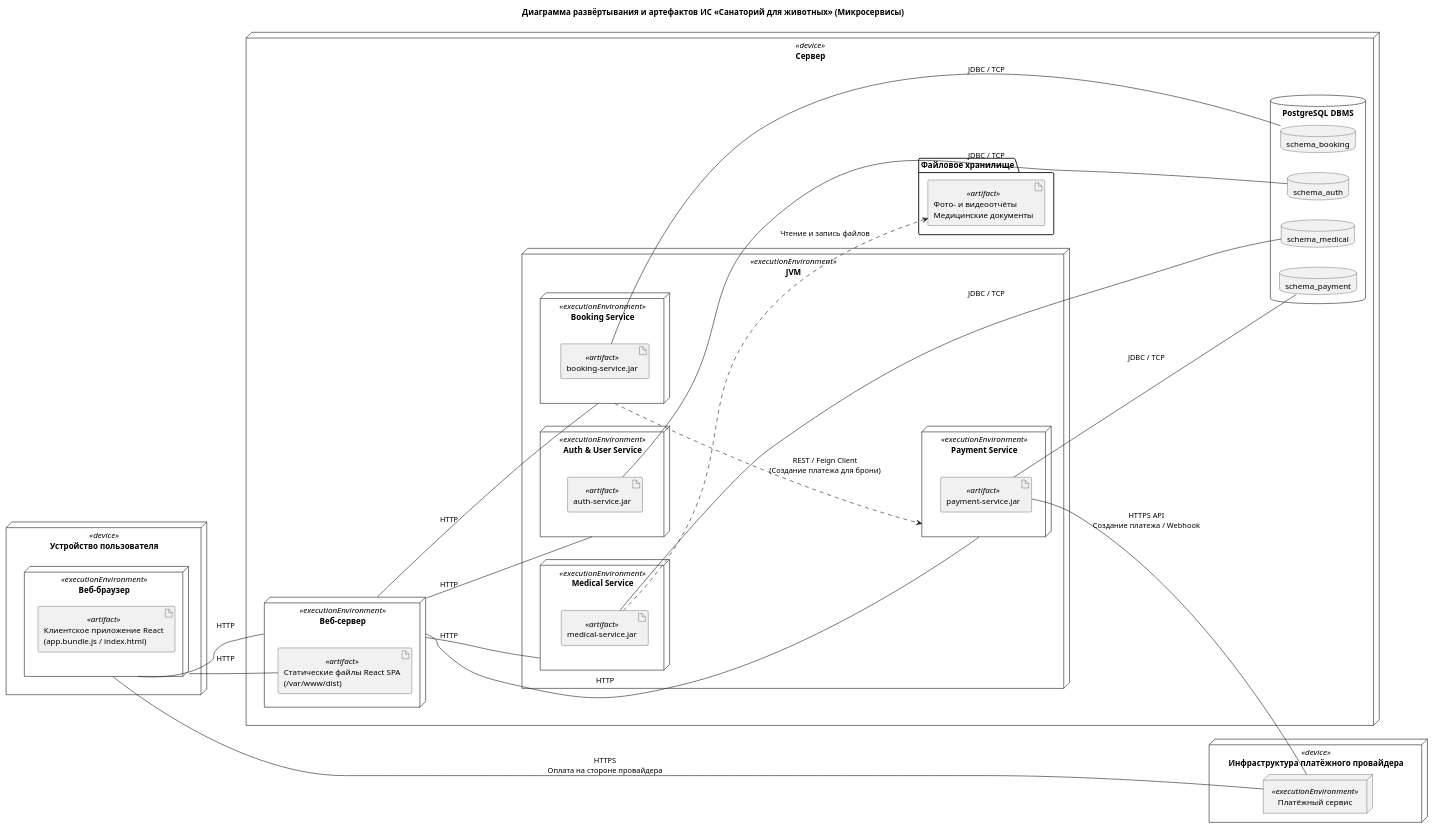
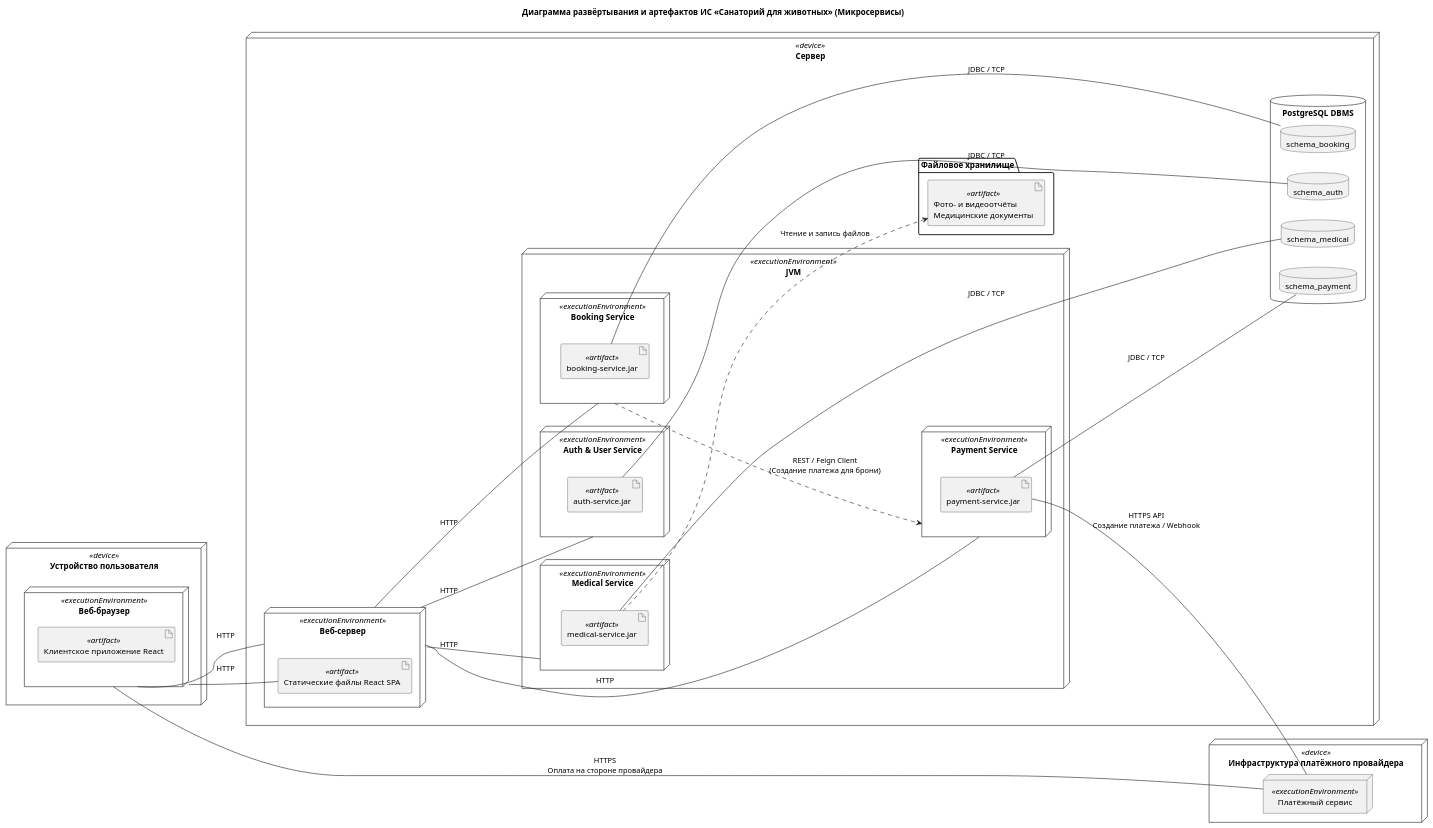
One commit to wwwyssa/IS-course-project changed the diagram in docs/deployment_2.plantuml. Above: the diagram before and after it, drawn with PlantUML.

```diff
--- a/docs/deployment_2.plantuml
+++ b/docs/deployment_2.plantuml
@@ -1,77 +1,77 @@
 @startuml
 title Диаграмма развёртывания и артефактов ИС «Санаторий для животных» (Микросервисы)
 left to right direction
 skinparam shadowing false
 skinparam defaultFontName Arial
 skinparam nodeStyle rectangle
 
 node "Устройство пользователя" as client <<device>> {
   node "Веб-браузер" as browser <<executionEnvironment>> {
-    artifact "Клиентское приложение React\n(app.bundle.js / index.html)" as frontend <<artifact>>
+    artifact "Клиентское приложение React" as frontend <<artifact>>
   }
 }
 
 node "Сервер" as helios <<device>> {
   
   node "Веб-сервер" as nginx <<executionEnvironment>> {
-    artifact "Статические файлы React SPA\n(/var/www/dist)" as staticFiles <<artifact>>
+    artifact "Статические файлы React SPA" as staticFiles <<artifact>>
   }
 
   node "JVM" as jvm <<executionEnvironment>> {
     node "Auth & User Service\n" as authNode <<executionEnvironment>> {
       artifact "auth-service.jar" as authJar <<artifact>>
     }
     node "Booking Service\n" as bookingNode <<executionEnvironment>> {
       artifact "booking-service.jar" as bookingJar <<artifact>>
     }
     node "Payment Service\n" as paymentNode <<executionEnvironment>> {
       artifact "payment-service.jar" as paymentJar <<artifact>>
     }
     node "Medical Service\n" as medicalNode <<executionEnvironment>> {
       artifact "medical-service.jar" as medicalJar <<artifact>>
     }
   }
 
   database "PostgreSQL DBMS" as dbNode {
     database "schema_auth" as dbAuth
     database "schema_booking" as dbBooking
     database "schema_payment" as dbPayment
     database "schema_medical" as dbMedical
   }
 
   folder "Файловое хранилище" as storage {
     artifact "Фото- и видеоотчёты\nМедицинские документы" as files <<artifact>>
   }
 }
 
 node "Инфраструктура платёжного провайдера" as paymentHost <<device>> {
   node "Платёжный сервис" as paymentGateway <<executionEnvironment>>
 }
 
 ' Связи клиента с Nginx
 browser -- staticFiles : HTTP \n
 browser -- nginx : HTTP \n
 
 ' Проксирование запросов от Nginx к микросервисам
 nginx -- authNode : HTTP
 nginx -- bookingNode : HTTP
 nginx -- paymentNode : HTTP
 nginx -- medicalNode : HTTP
 
 ' Межсервисное взаимодействие (REST / Feign)
 bookingNode ..> paymentNode : REST / Feign Client\n(Создание платежа для брони)
 
 ' Связи микросервисов с их базами данных
 authJar -- dbAuth : JDBC / TCP
 bookingJar -- dbBooking : JDBC / TCP
 paymentJar -- dbPayment : JDBC / TCP
 medicalJar -- dbMedical : JDBC / TCP
 
 ' Файловое хранилище
 medicalJar ..> files : Чтение и запись файлов
 
 ' Взаимодействие с платежным шлюзом
 paymentJar -- paymentGateway : HTTPS API\nСоздание платежа / Webhook
 browser -- paymentGateway : HTTPS\nОплата на стороне провайдера
 
 @enduml
```
